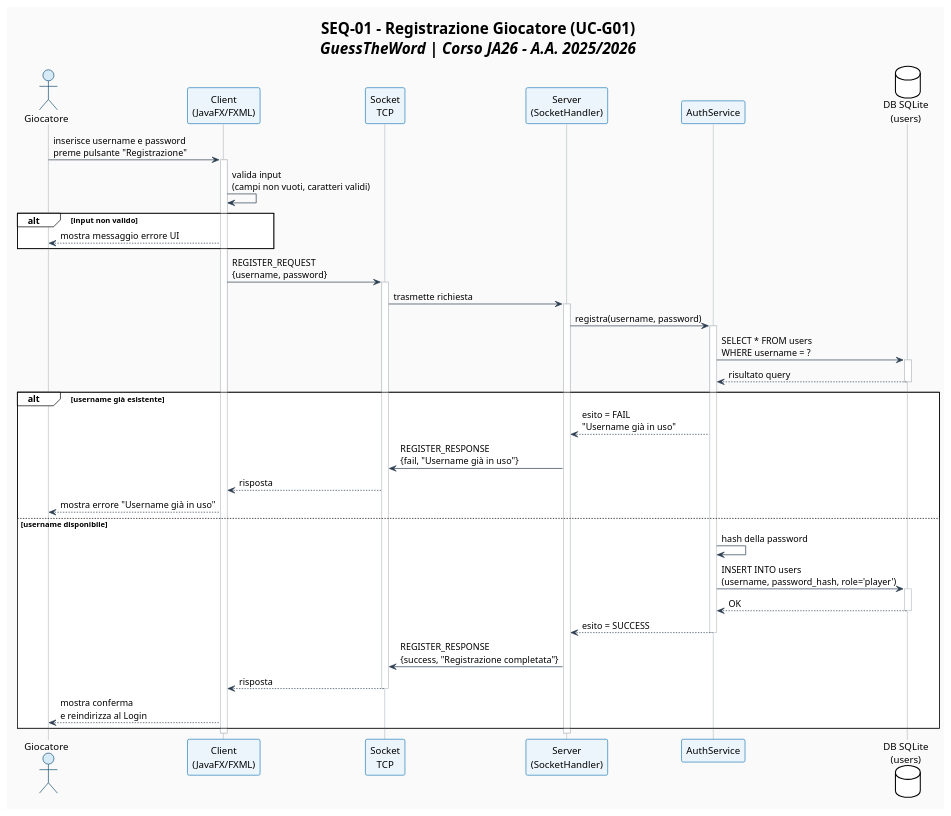
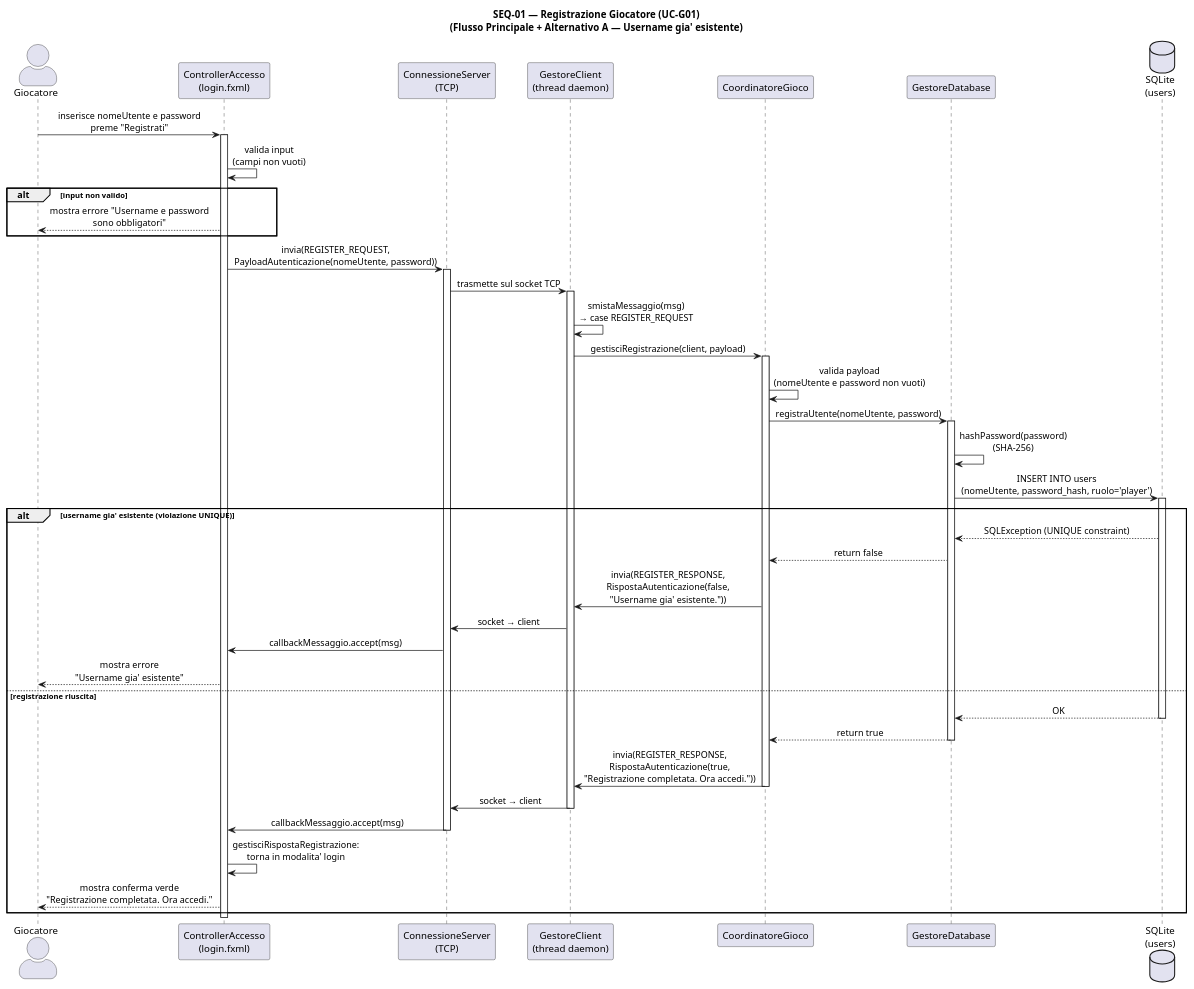
One commit to Michele-Pio-Russo/Progetto_Java_Avanzata_Gruppo_2 changed the diagram in Documenti/Diagrammi/SEQ_01_Registrazione.puml. Above: the diagram before and after it, drawn with PlantUML. The commit also changed 188 other files, not shown here.

```diff
--- a/Documenti/Diagrammi/SEQ_01_Registrazione.puml
+++ b/Documenti/Diagrammi/SEQ_01_Registrazione.puml
@@ -1,68 +1,65 @@
 @startuml SEQ_01_Registrazione
-!theme plain
-skinparam backgroundColor #FAFAFA
-skinparam sequence {
-    ArrowColor #2C3E50
-    ActorBorderColor #1A5276
-    ActorBackgroundColor #D6EAF8
-    ParticipantBorderColor #2980B9
-    ParticipantBackgroundColor #EBF5FB
-    LifeLineBorderColor #BDC3C7
-    BoxBackgroundColor #F4F6F7
-    BoxBorderColor #BDC3C7
-}
+skinparam actorStyle awesome
+skinparam sequenceMessageAlign center
 
-title <b>SEQ-01 – Registrazione Giocatore (UC-G01)</b>\n<i>GuessTheWord | Corso JA26 – A.A. 2025/2026</i>
+title SEQ-01 — Registrazione Giocatore (UC-G01)\n(Flusso Principale + Alternativo A — Username gia' esistente)
 
 actor "Giocatore" as Player
-participant "Client\n(JavaFX/FXML)" as Client
-participant "Socket\nTCP" as Socket
-participant "Server\n(SocketHandler)" as Server
-participant "AuthService" as Auth
-database "DB SQLite\n(users)" as DB
+participant "ControllerAccesso\n(login.fxml)" as Ctrl
+participant "ConnessioneServer\n(TCP)" as Conn
+participant "GestoreClient\n(thread daemon)" as GC
+participant "CoordinatoreGioco" as Coord
+participant "GestoreDatabase" as DB
+database "SQLite\n(users)" as SQLite
 
-Player -> Client : inserisce username e password\npreme pulsante "Registrazione"
-activate Client
+Player -> Ctrl : inserisce nomeUtente e password\npreme "Registrati"
+activate Ctrl
 
-Client -> Client : valida input\n(campi non vuoti, caratteri validi)
+Ctrl -> Ctrl : valida input\n(campi non vuoti)
 
 alt input non valido
-    Client --> Player : mostra messaggio errore UI
+  Ctrl --> Player : mostra errore "Username e password\nsono obbligatori"
 end
 
-Client -> Socket : REGISTER_REQUEST\n{username, password}
-activate Socket
-Socket -> Server : trasmette richiesta
-activate Server
+Ctrl -> Conn : invia(REGISTER_REQUEST,\nPayloadAutenticazione(nomeUtente, password))
+activate Conn
+Conn -> GC : trasmette sul socket TCP
+activate GC
 
-Server -> Auth : registra(username, password)
-activate Auth
+GC -> GC : smistaMessaggio(msg)\n→ case REGISTER_REQUEST
+GC -> Coord : gestisciRegistrazione(client, payload)
+activate Coord
 
-Auth -> DB : SELECT * FROM users\nWHERE username = ?
+Coord -> Coord : valida payload\n(nomeUtente e password non vuoti)
+
+Coord -> DB : registraUtente(nomeUtente, password)
 activate DB
-DB --> Auth : risultato query
-deactivate DB
+DB -> DB : hashPassword(password)\n(SHA-256)
+DB -> SQLite : INSERT INTO users\n(nomeUtente, password_hash, ruolo='player')
+activate SQLite
 
-alt username già esistente
-    Auth --> Server : esito = FAIL\n"Username già in uso"
-    Server -> Socket : REGISTER_RESPONSE\n{fail, "Username già in uso"}
-    Socket --> Client : risposta
-    Client --> Player : mostra errore "Username già in uso"
-else username disponibile
-    Auth -> Auth : hash della password
-    Auth -> DB : INSERT INTO users\n(username, password_hash, role='player')
-    activate DB
-    DB --> Auth : OK
-    deactivate DB
-    Auth --> Server : esito = SUCCESS
-    deactivate Auth
-    Server -> Socket : REGISTER_RESPONSE\n{success, "Registrazione completata"}
-    Socket --> Client : risposta
-    deactivate Socket
-    Client --> Player : mostra conferma\ne reindirizza al Login
+alt username gia' esistente (violazione UNIQUE)
+  SQLite --> DB : SQLException (UNIQUE constraint)
+  DB --> Coord : return false
+  Coord -> GC : invia(REGISTER_RESPONSE,\nRispostaAutenticazione(false,\n"Username gia' esistente."))
+  GC -> Conn : socket → client
+  Conn -> Ctrl : callbackMessaggio.accept(msg)
+  Ctrl --> Player : mostra errore\n"Username gia' esistente"
+else registrazione riuscita
+  SQLite --> DB : OK
+  deactivate SQLite
+  DB --> Coord : return true
+  deactivate DB
+  Coord -> GC : invia(REGISTER_RESPONSE,\nRispostaAutenticazione(true,\n"Registrazione completata. Ora accedi."))
+  deactivate Coord
+  GC -> Conn : socket → client
+  deactivate GC
+  Conn -> Ctrl : callbackMessaggio.accept(msg)
+  deactivate Conn
+  Ctrl -> Ctrl : gestisciRispostaRegistrazione:\ntorna in modalita' login
+  Ctrl --> Player : mostra conferma verde\n"Registrazione completata. Ora accedi."
 end
 
-deactivate Server
-deactivate Client
+deactivate Ctrl
 
 @enduml
```
